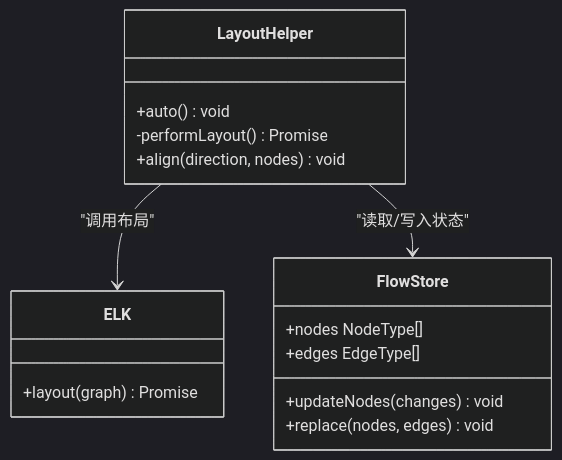
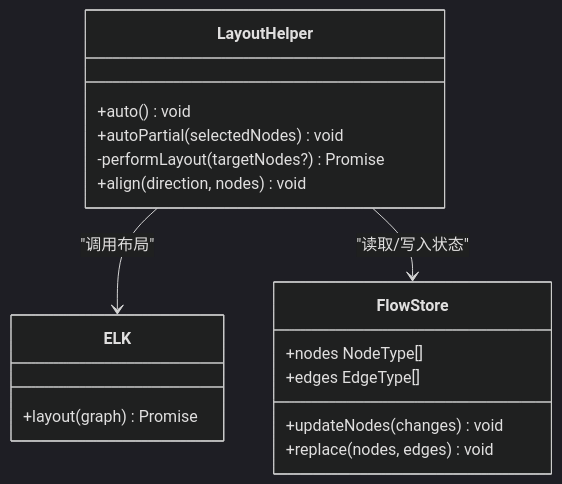
Before and after one commit to kqcoxn/MaaPipelineEditor: the fourth of 8 diagrams in .qoder/repowiki/zh/content/用户界面/面板系统/工具面板/布局面板.md, drawn with Mermaid (dark theme). The commit also changed other lines of this file and 35 other files, not shown here.

````diff
--- a/.qoder/repowiki/zh/content/用户界面/面板系统/工具面板/布局面板.md
+++ b/.qoder/repowiki/zh/content/用户界面/面板系统/工具面板/布局面板.md
@@ -178,19 +201,20 @@
 ```mermaid
 classDiagram
 class LayoutHelper {
 +auto() void
--performLayout() Promise<void>
++autoPartial(selectedNodes) void
+-performLayout(targetNodes?) Promise<void>
 +align(direction, nodes) void
 }
 class ELK {
 +layout(graph) Promise<any>
 }
 class FlowStore {
 +nodes NodeType[]
 +edges EdgeType[]
 +updateNodes(changes) void
 +replace(nodes, edges) void
 }
 LayoutHelper --> ELK : "调用布局"
 LayoutHelper --> FlowStore : "读取/写入状态"
 ```
````
